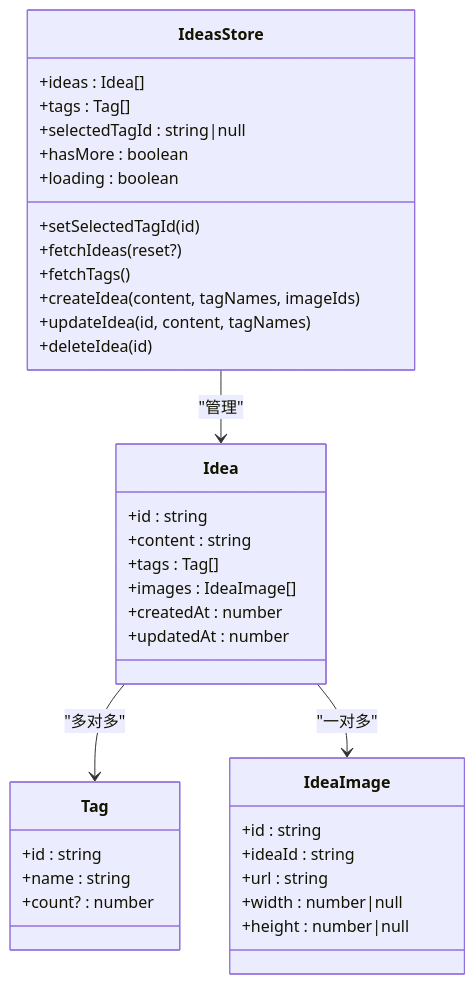
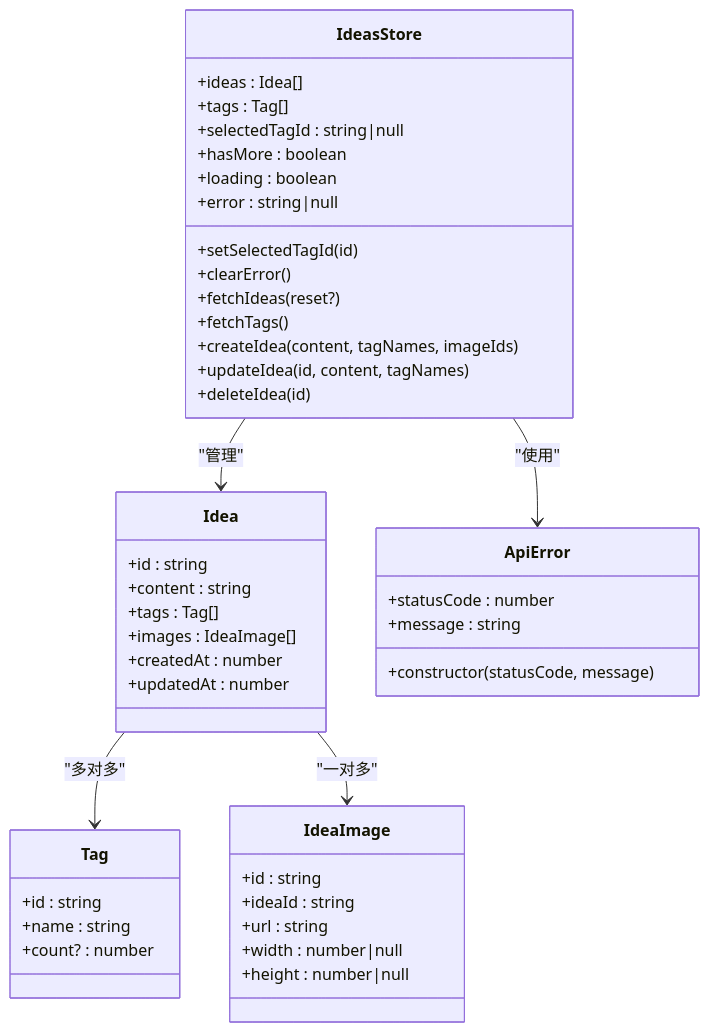
Before and after one commit to BlackBoxRecorder/uninote: the third of 10 diagrams in .qoder/repowiki/zh/content/状态管理/想法状态.md, drawn with Mermaid. The commit also changed other lines of this file and 9 other files, not shown here.

````diff
--- a/.qoder/repowiki/zh/content/状态管理/想法状态.md
+++ b/.qoder/repowiki/zh/content/状态管理/想法状态.md
@@ -200,39 +216,47 @@
 ```mermaid
 classDiagram
 class IdeasStore {
 +ideas : Idea[]
 +tags : Tag[]
 +selectedTagId : string|null
 +hasMore : boolean
 +loading : boolean
++error : string|null
 +setSelectedTagId(id)
++clearError()
 +fetchIdeas(reset?)
 +fetchTags()
 +createIdea(content, tagNames, imageIds)
 +updateIdea(id, content, tagNames)
 +deleteIdea(id)
 }
 class Idea {
 +id : string
 +content : string
 +tags : Tag[]
 +images : IdeaImage[]
 +createdAt : number
 +updatedAt : number
 }
 class Tag {
 +id : string
 +name : string
 +count? : number
 }
 class IdeaImage {
 +id : string
 +ideaId : string
 +url : string
 +width : number|null
 +height : number|null
 }
+class ApiError {
++statusCode : number
++message : string
++constructor(statusCode, message)
+}
 IdeasStore --> Idea : "管理"
 Idea --> Tag : "多对多"
 Idea --> IdeaImage : "一对多"
+IdeasStore --> ApiError : "使用"
 ```
````
